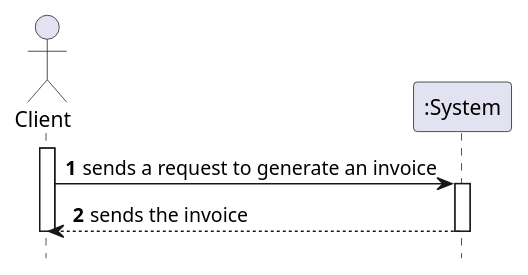
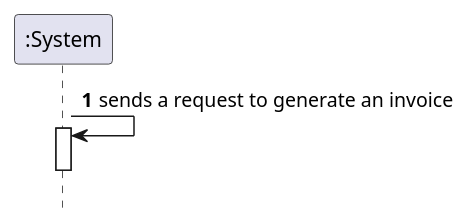
Before and after one commit to tiagoavcosta25/LAPR3: the diagram in docs/Iteration 2/Make An Order/Refinement/US26_GenerateInvoice/US26_SSD.puml, drawn with PlantUML. The commit also changed 7 other files, not shown here.

Commit message:
LAPR2AP2-155 #refining Generate Invoice [Review]

```diff
--- a/docs/Iteration 2/Make An Order/Refinement/US26_GenerateInvoice/US26_SSD.puml
+++ b/docs/Iteration 2/Make An Order/Refinement/US26_GenerateInvoice/US26_SSD.puml
@@ -1,18 +1,12 @@
 @startuml
 autonumber
 hide footbox
 
-actor "Client" as CL
 participant ":System" as SYST
 
-activate CL
 
-CL -> SYST : sends a request to generate an invoice
+SYST -> SYST : sends a request to generate an invoice
 activate SYST
-
-SYST --> CL : sends the invoice
 deactivate SYST
 
-deactivate CL
-
 @enduml
```
